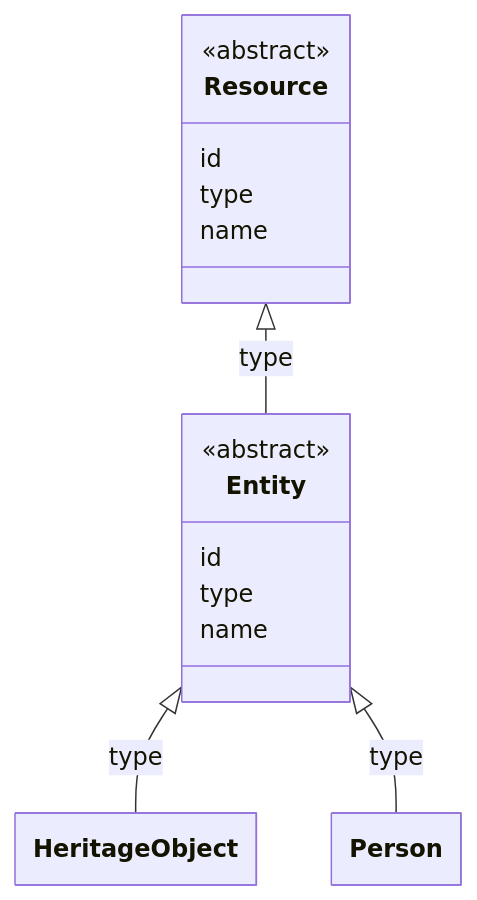
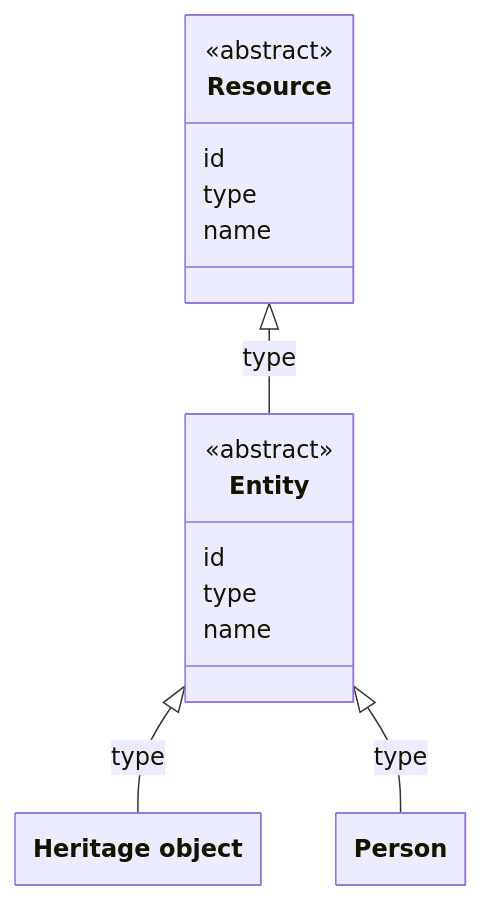
One commit to netwerk-digitaal-erfgoed/netwerk-digitaal-erfgoed.github.io changed the diagram in docs/requirements/data-layer-api/rest/entities.md. Above: the diagram before and after it, drawn with Mermaid. The commit also changed other lines of this file and 5 other files, not shown here.

````diff
--- a/docs/requirements/data-layer-api/rest/entities.md
+++ b/docs/requirements/data-layer-api/rest/entities.md
@@ -24,30 +22,30 @@
 ```mermaid
 ---
   config:
     class:
       hideEmptyMembersBox: true
 ---
 classDiagram
 
 class Resource["Resource"] {
   <<abstract>>
   id
   type
   name
 }
 
 class Entity["Entity"] {
   <<abstract>>
   id
   type
   name
 }
 
-class HeritageObject["HeritageObject"]
+class HeritageObject["Heritage object"]
 
 class Person["Person"]
 
 Resource <|-- Entity : type
 Entity <|-- HeritageObject : type
 Entity <|-- Person : type
 ```
````
